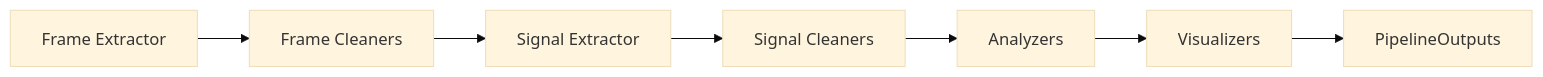
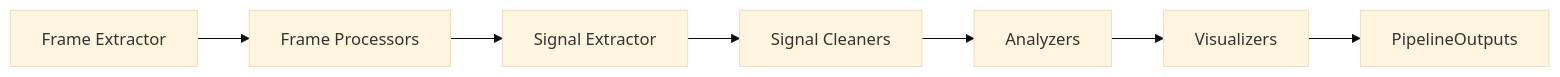
The diagram in README.md (NoNamedeo/SEF), drawn with Mermaid (base theme) before and after one commit. The commit also changed other lines of this file and 50 other files, not shown here.

Commit message:
frame cleaning stage refactor in frame processors

````diff
--- a/README.md
+++ b/README.md
@@ -71,9 +71,9 @@
 ```mermaid
 flowchart LR
-    A[Frame Extractor] --> B[Frame Cleaners]
+    A[Frame Extractor] --> B[Frame Processors]
     B --> C[Signal Extractor]
     C --> D[Signal Cleaners]
     D --> E[Analyzers]
     E --> F[Visualizers]
     F --> G[PipelineOutputs]
 ```
````
